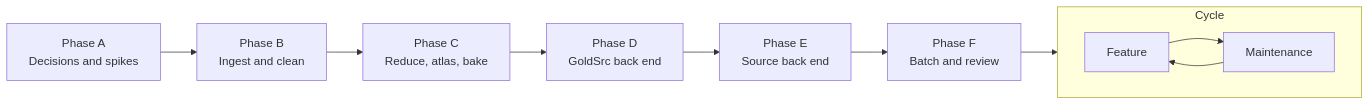
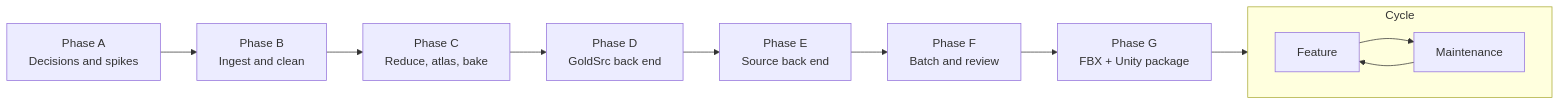
Before and after one commit to kritzerenkrieg/libremodele: the diagram in ROADMAP.md, drawn with Mermaid. The commit also changed other lines of this file and 12 other files, not shown here.

First line of the commit message:
Phase G: FBX + Unity package input (B9, G1–G10, C9)

````diff
--- a/ROADMAP.md
+++ b/ROADMAP.md
@@ -5,8 +5,8 @@
 ```mermaid
 flowchart LR
-    A["Phase A<br/>Decisions and spikes"] --> B["Phase B<br/>Ingest and clean"] --> C["Phase C<br/>Reduce, atlas, bake"] --> D["Phase D<br/>GoldSrc back end"] --> E["Phase E<br/>Source back end"] --> F["Phase F<br/>Batch and review"] --> R
+    A["Phase A<br/>Decisions and spikes"] --> B["Phase B<br/>Ingest and clean"] --> C["Phase C<br/>Reduce, atlas, bake"] --> D["Phase D<br/>GoldSrc back end"] --> E["Phase E<br/>Source back end"] --> F["Phase F<br/>Batch and review"] --> G["Phase G<br/>FBX + Unity package"] --> R
     subgraph R["Cycle"]
         direction LR
         FT["Feature"] --> M["Maintenance"] --> FT
     end
 ```
````
